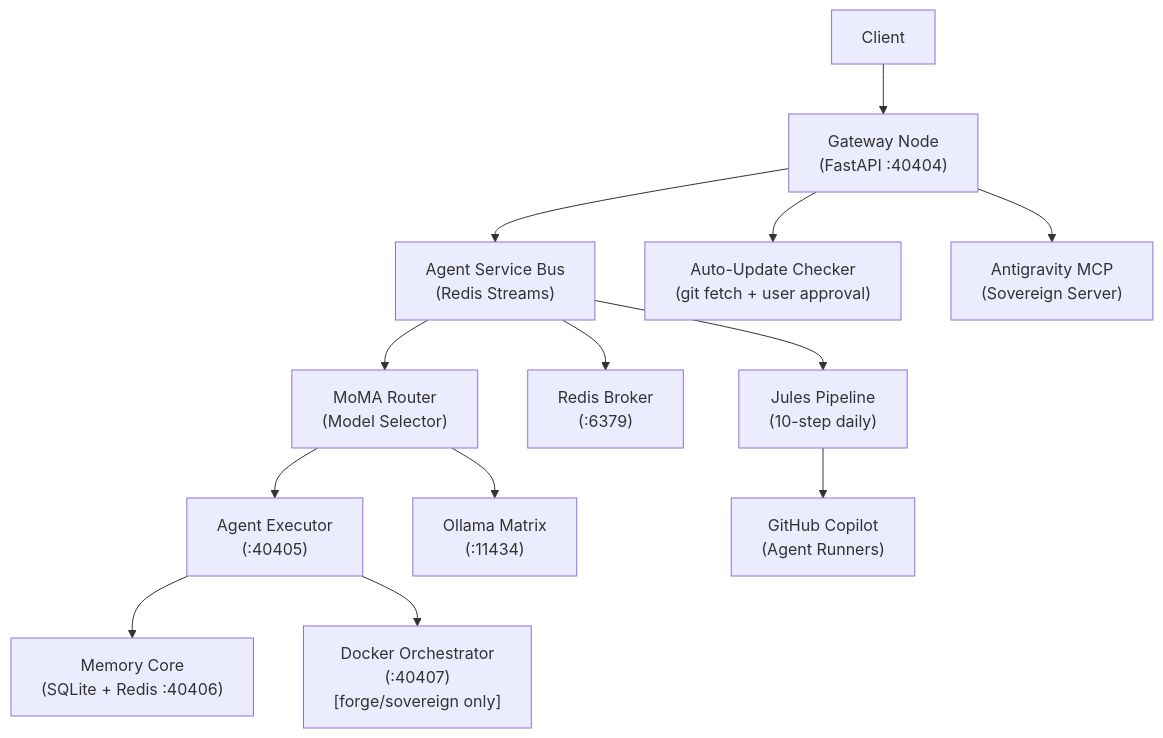
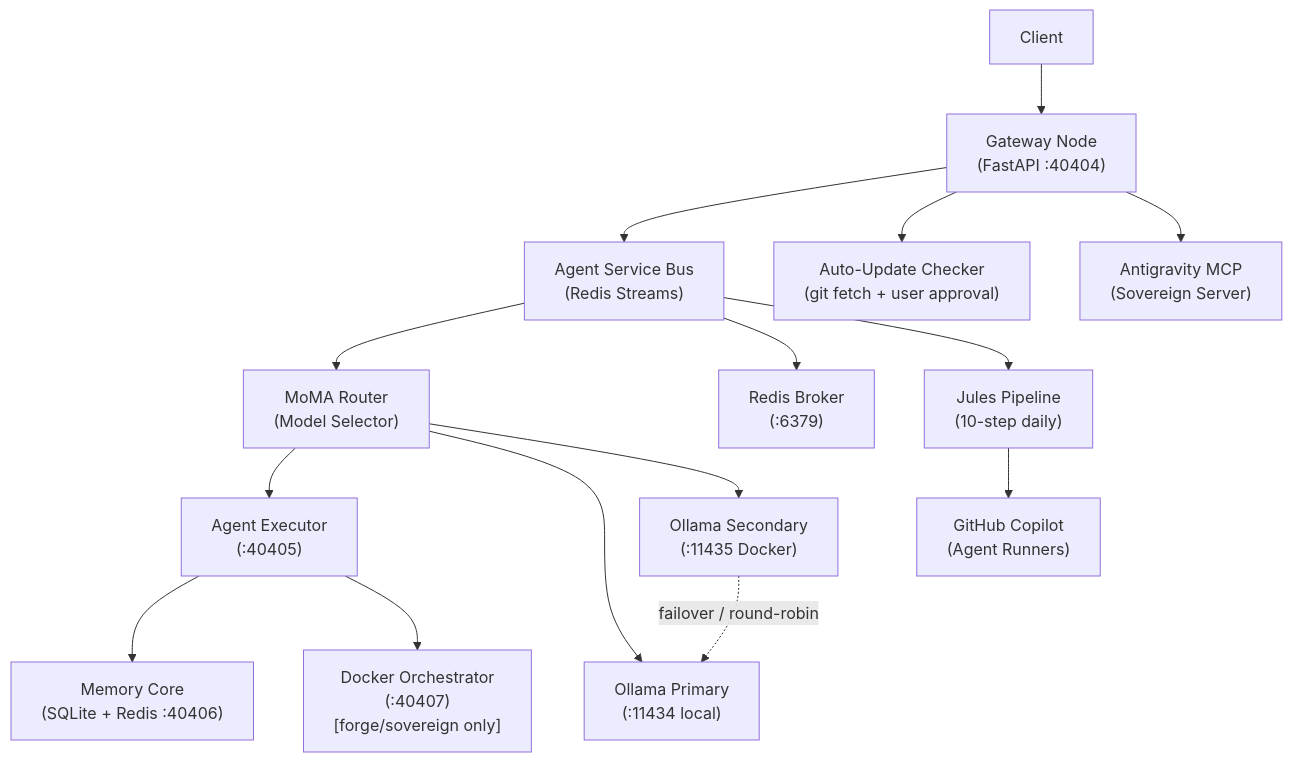
Before and after one commit to Grumpified-OGGVCT/Sovereign_Agentic_OS_with_HLF: the diagram in README.md, drawn with Mermaid. The commit also changed other lines of this file and 6 other files, not shown here.

First line of the commit message:
docs: document dual Ollama infrastructure (V.8 roadmap)

````diff
--- a/README.md
+++ b/README.md
@@ -87,15 +87,17 @@
 ```mermaid
 graph TD
     Client-->Gateway["Gateway Node\n(FastAPI :40404)"]
     Gateway-->ASB["Agent Service Bus\n(Redis Streams)"]
     ASB-->Router["MoMA Router\n(Model Selector)"]
     Router-->Executor["Agent Executor\n(:40405)"]
     Executor-->Memory["Memory Core\n(SQLite + Redis :40406)"]
-    Router-->Ollama["Ollama Matrix\n(:11434)"]
+    Router-->Ollama["Ollama Primary\n(:11434 local)"]
+    Router-->Ollama2["Ollama Secondary\n(:11435 Docker)"]
+    Ollama2-.->|failover / round-robin|Ollama
     Executor-->DockerOrch["Docker Orchestrator\n(:40407)\n[forge/sovereign only]"]
     ASB-->Redis["Redis Broker\n(:6379)"]
     Gateway-->AutoUpdate["Auto-Update Checker\n(git fetch + user approval)"]
     ASB-->Jules["Jules Pipeline\n(10-step daily)"]
     Jules-->Copilot["GitHub Copilot\n(Agent Runners)"]
     Gateway-->Antigravity["Antigravity MCP\n(Sovereign Server)"]
 ```
````
